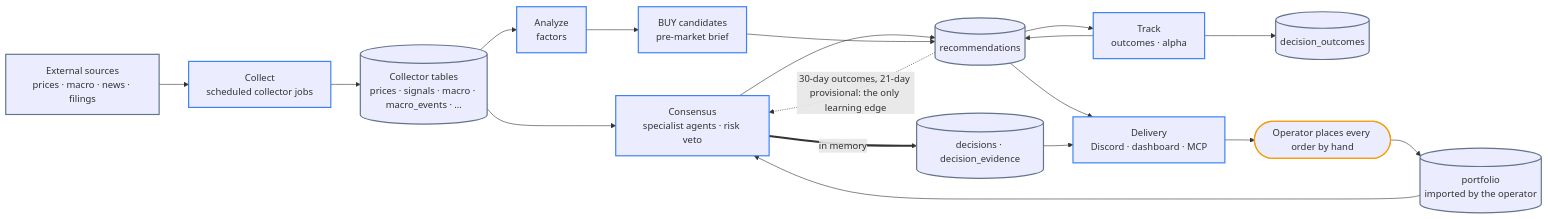
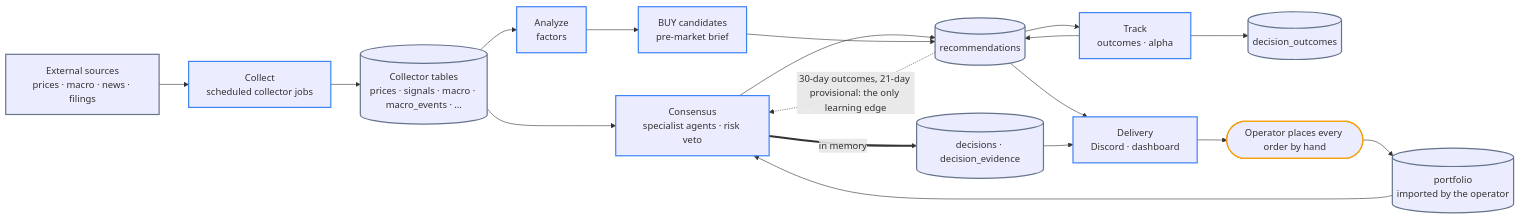
Before and after one commit to researcherhojin/nuri-quant: the first of 4 diagrams in docs/ARCHITECTURE.md, drawn with Mermaid. The commit also changed other lines of this file and 7 other files, not shown here.

````diff
--- a/docs/ARCHITECTURE.md
+++ b/docs/ARCHITECTURE.md
@@ -11,38 +13,38 @@
 ```mermaid
 flowchart LR
     SRC["External sources<br/>prices · macro · news · filings"]
     COL["Collect<br/>scheduled collector jobs"]
     TAB[("Collector tables<br/>prices · signals · macro · macro_events · …")]
     PF[("portfolio<br/>imported by the operator")]
     FAC["Analyze<br/>factors"]
     CON["Consensus<br/>specialist agents · risk veto"]
     REC[("recommendations")]
     DEC[("decisions · decision_evidence")]
     BUY["BUY candidates<br/>pre-market brief"]
     TRK["Track<br/>outcomes · alpha"]
     OUTCOMES[("decision_outcomes")]
-    OUT["Delivery<br/>Discord · dashboard · MCP"]
+    OUT["Delivery<br/>Discord · dashboard"]
     YOU(["Operator places every order by hand"])
 
     SRC --> COL --> TAB
     TAB --> CON
     PF --> CON
     TAB --> FAC --> BUY
     CON --> REC
     CON ==>|in memory| DEC
     BUY --> REC
     REC --> TRK
     TRK --> REC
     TRK --> OUTCOMES
     REC -.->|"30-day outcomes, 21-day provisional: the only learning edge"| CON
     REC --> OUT
     DEC --> OUT
     OUT --> YOU --> PF
 
     classDef step  stroke:#3b82f6,stroke-width:2px
     classDef store stroke:#64748b,stroke-width:2px
     classDef human stroke:#f59e0b,stroke-width:2px
     class COL,FAC,CON,BUY,TRK,OUT step
     class SRC,TAB,PF,REC,DEC,OUTCOMES store
     class YOU human
 ```
````
